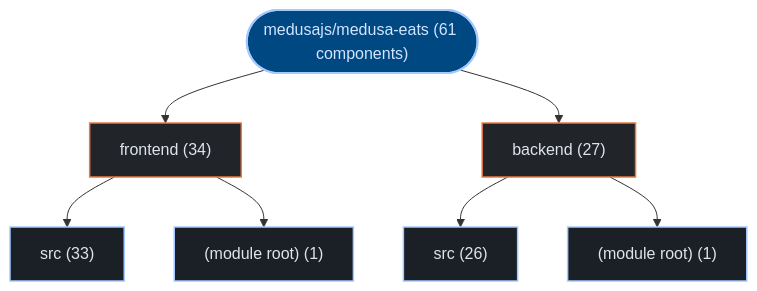
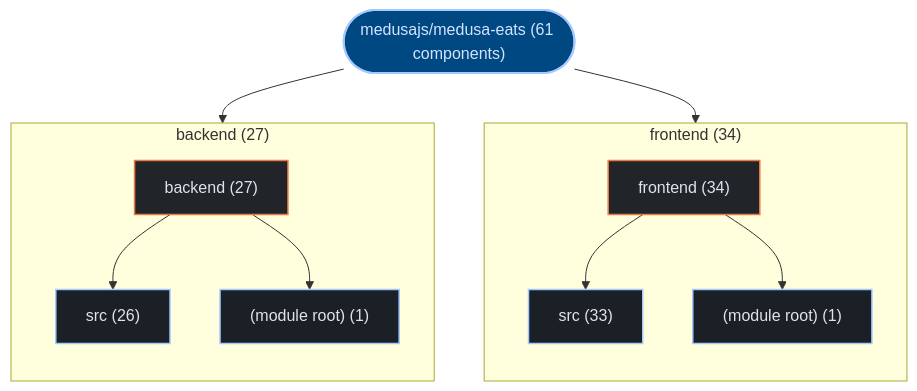
One commit to kumarshaz/atruss-code-atlas changed the first of 2 diagrams in exports/latest/reports/medusajs-medusa-eats-report.md. Above: the diagram before and after it, drawn with Mermaid. The commit also changed 178 other files, not shown here.

Commit message:
feat(ui,mermaid): upgrade to mermaid v12 + ELK layout, add orgs-summary + pagination, subgraph building blocks, fix tab alignment

````diff
--- a/exports/latest/reports/medusajs-medusa-eats-report.md
+++ b/exports/latest/reports/medusajs-medusa-eats-report.md
@@ -41,23 +41,29 @@
 ```mermaid
 graph TD;
   classDef atlasRoot fill:#004882,stroke:#a3c9ff,stroke-width:2px,color:#d3e4ff
   classDef atlasCategory fill:#212428,stroke:#E87A48,stroke-width:1.5px,color:#dfe3eb
   classDef atlasWorkflow fill:#1b2026,stroke:#a3c9ff,stroke-width:1.5px,color:#dfe3eb
   classDef atlasJob fill:#171c22,stroke:#8d9199,stroke-width:1px,color:#dfe3eb
   classDef atlasTarget fill:#005227,stroke:#8bd99b,stroke-width:1.5px,color:#a7f6b6
   classDef atlasAlert fill:#93000a,stroke:#ffb4ab,stroke-width:1.5px,color:#ffdad6
   classDef atlasMore fill:#252a31,stroke:#8d9199,stroke-dasharray:4 4,color:#c3c6cf
     repo_root(["medusajs/medusa-eats (61 components)"]):::atlasRoot
-    dir_0_frontend["frontend (34)"]:::atlasCategory
+    subgraph sg_dir_0_frontend["frontend (34)"]
+      direction TB
+      dir_0_frontend["frontend (34)"]:::atlasCategory
+      sub_0_0_src["src (33)"]:::atlasWorkflow
+      dir_0_frontend --> sub_0_0_src
+      sub_0_1__module_root_["(module root) (1)"]:::atlasWorkflow
+      dir_0_frontend --> sub_0_1__module_root_
+    end
     repo_root --> dir_0_frontend
-    sub_0_0_src["src (33)"]:::atlasWorkflow
-    dir_0_frontend --> sub_0_0_src
-    sub_0_1__module_root_["(module root) (1)"]:::atlasWorkflow
-    dir_0_frontend --> sub_0_1__module_root_
-    dir_1_backend["backend (27)"]:::atlasCategory
+    subgraph sg_dir_1_backend["backend (27)"]
+      direction TB
+      dir_1_backend["backend (27)"]:::atlasCategory
+      sub_1_0_src["src (26)"]:::atlasWorkflow
+      dir_1_backend --> sub_1_0_src
+      sub_1_1__module_root_["(module root) (1)"]:::atlasWorkflow
+      dir_1_backend --> sub_1_1__module_root_
+    end
     repo_root --> dir_1_backend
-    sub_1_0_src["src (26)"]:::atlasWorkflow
-    dir_1_backend --> sub_1_0_src
-    sub_1_1__module_root_["(module root) (1)"]:::atlasWorkflow
-    dir_1_backend --> sub_1_1__module_root_
 ```
````
